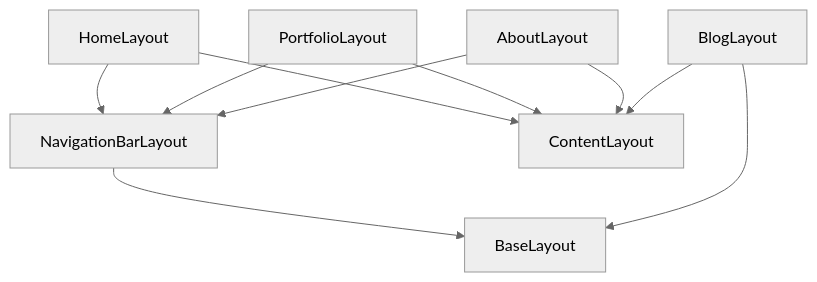
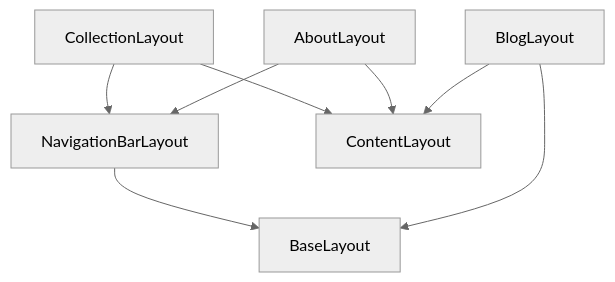
The second of 2 diagrams in docs/architecture.md (TheJiahao/TheJiahao.github.io), drawn with Mermaid (neutral theme) before and after one commit.

Commit message:
docs: 📚️ Update architecture

````diff
--- a/docs/architecture.md
+++ b/docs/architecture.md
@@ -47,16 +47,13 @@
 ```mermaid
 graph TB
 NavigationBarLayout --> BaseLayout
 
-HomeLayout --> NavigationBarLayout
-HomeLayout --> ContentLayout
-
-PortfolioLayout --> NavigationBarLayout
-PortfolioLayout --> ContentLayout
+CollectionLayout --> NavigationBarLayout
+CollectionLayout --> ContentLayout
 
 AboutLayout --> NavigationBarLayout
 AboutLayout --> ContentLayout
 
 BlogLayout --> BaseLayout
 BlogLayout --> ContentLayout
 ```
````
